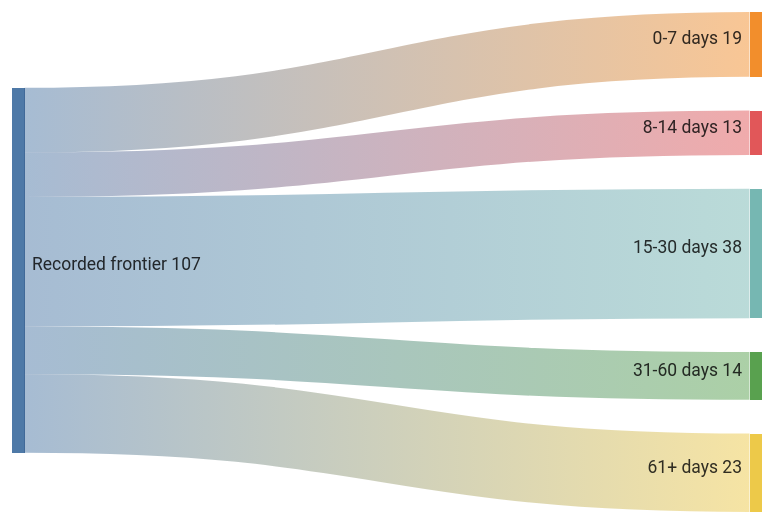
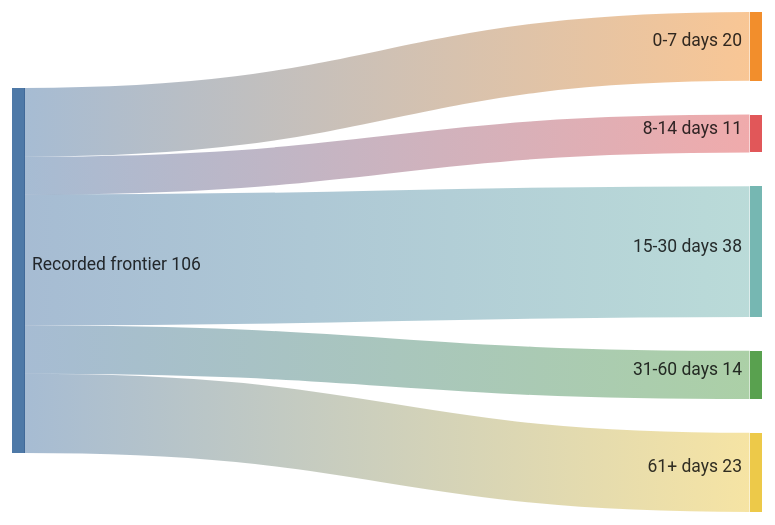
The diagram in docs/diagrams/horizon_sankey.mmd (Armanasq/phd_tracker), drawn with Mermaid before and after one commit. The commit also changed 40 other files, not shown here.

```diff
--- a/docs/diagrams/horizon_sankey.mmd
+++ b/docs/diagrams/horizon_sankey.mmd
@@ -1,6 +1,6 @@
 sankey-beta
-Recorded frontier,0-7 days,19
-Recorded frontier,8-14 days,13
+Recorded frontier,0-7 days,20
+Recorded frontier,8-14 days,11
 Recorded frontier,15-30 days,38
 Recorded frontier,31-60 days,14
 Recorded frontier,61+ days,23
```
